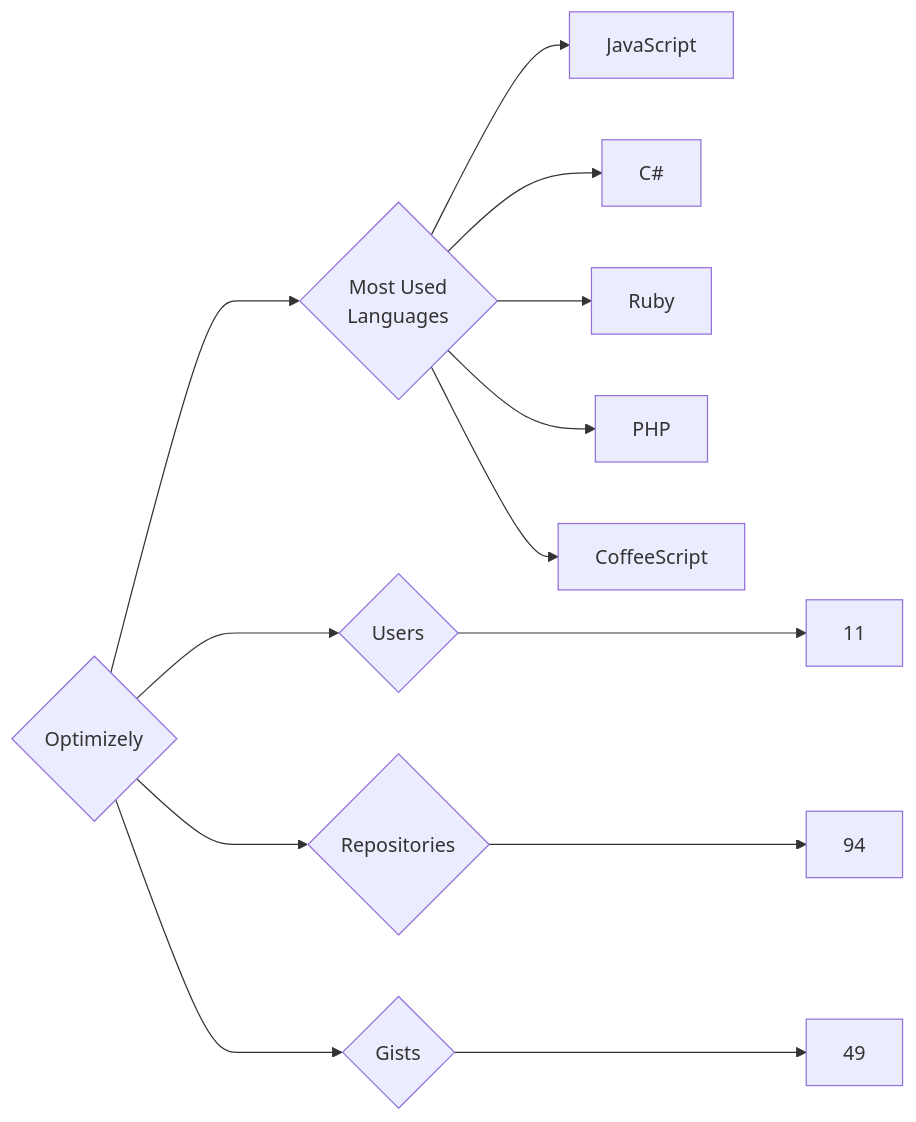
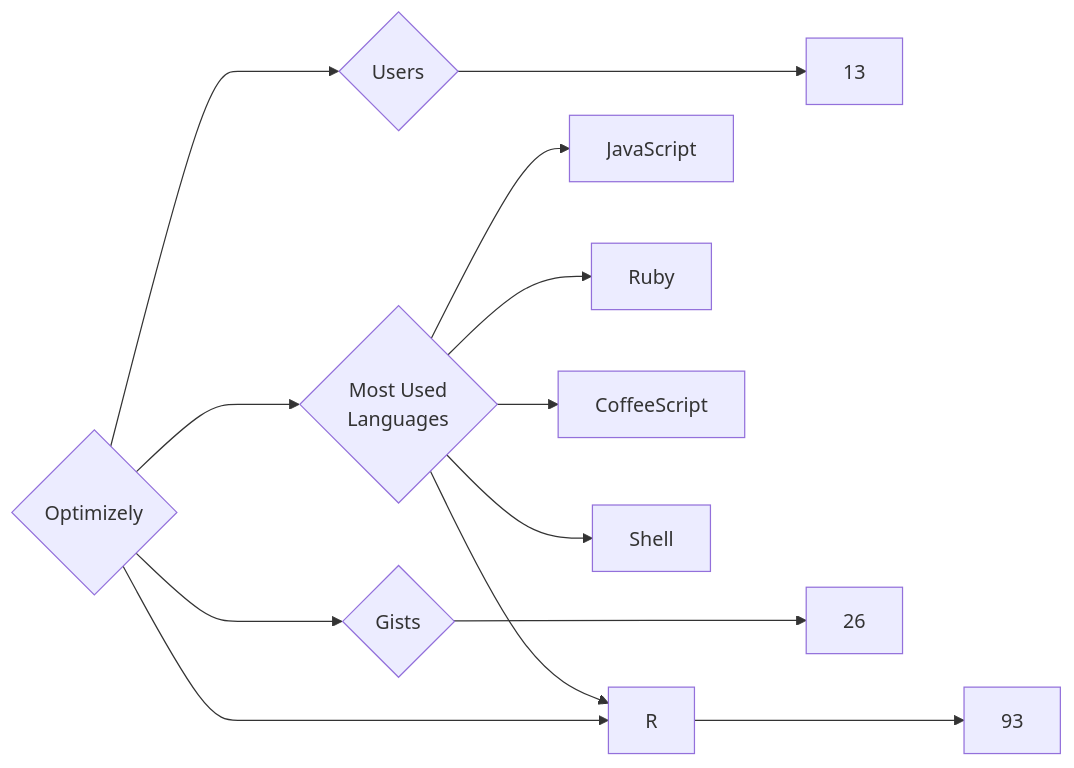
Before and after one commit to trickest/insiders: the diagram in targets/Optimizely/README.md, drawn with Mermaid. The commit also changed 1484 other files, not shown here.

````diff
--- a/targets/Optimizely/README.md
+++ b/targets/Optimizely/README.md
@@ -3,13 +3,13 @@
 ```mermaid
 graph LR
 COMPANY_NAME{Optimizely}
-COMPANY_NAME ---> U{Users} ---> UN[11]
-COMPANY_NAME ---> R{Repositories} ---> RN[94]
-COMPANY_NAME ---> G{Gists} ---> GN[49]
+COMPANY_NAME ---> U{Users} ---> UN[13]
+COMPANY_NAME ---> R{Repositories} ---> RN[93]
+COMPANY_NAME ---> G{Gists} ---> GN[26]
 COMPANY_NAME ---> ML{Most Used<br>Languages}
 ML --> JavaScript[JavaScript]
-ML --> C#[C#]
 ML --> Ruby[Ruby]
-ML --> PHP[PHP]
 ML --> CoffeeScript[CoffeeScript]
+ML --> Shell[Shell]
+ML --> R[R]
 ```
````
